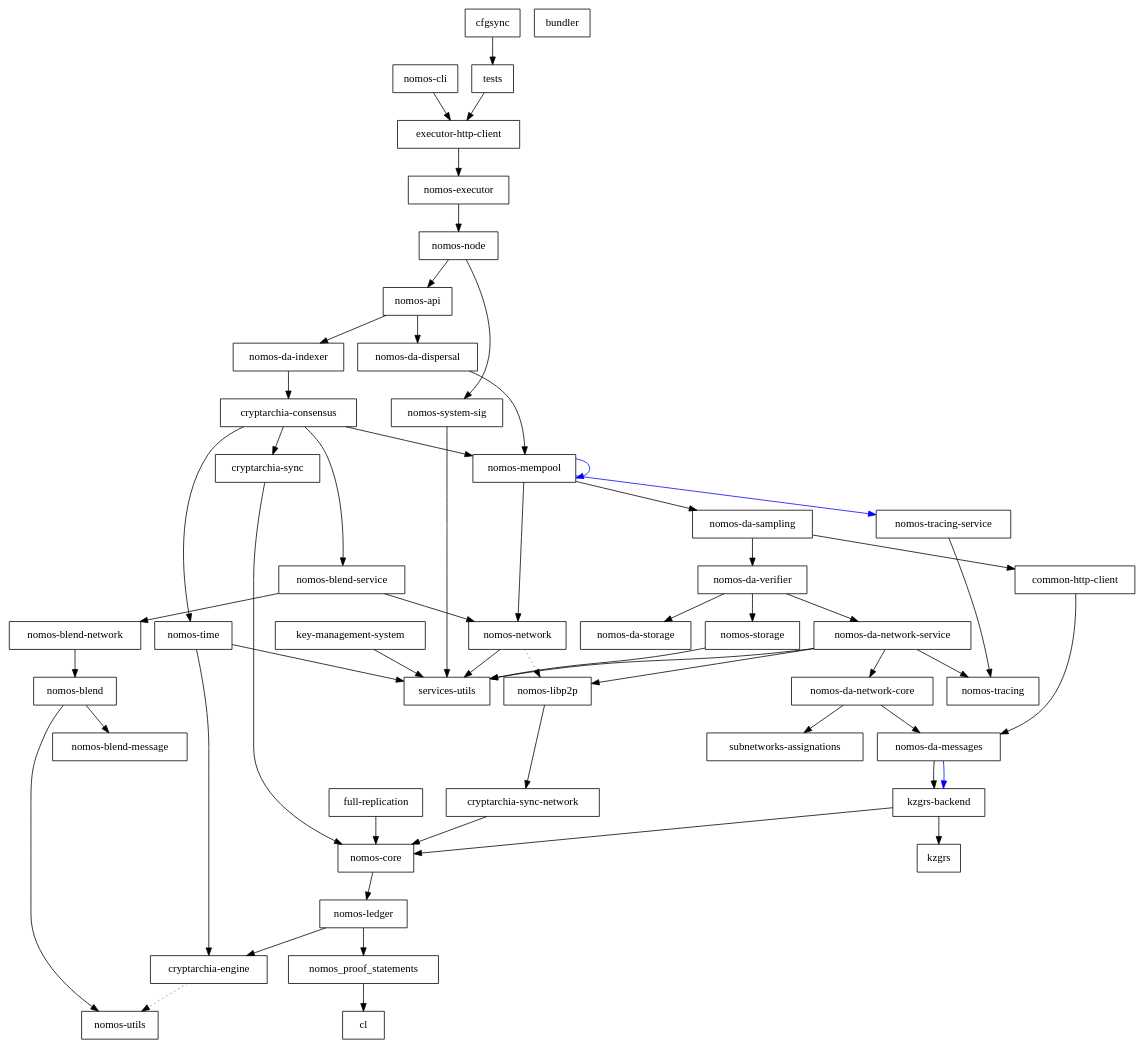
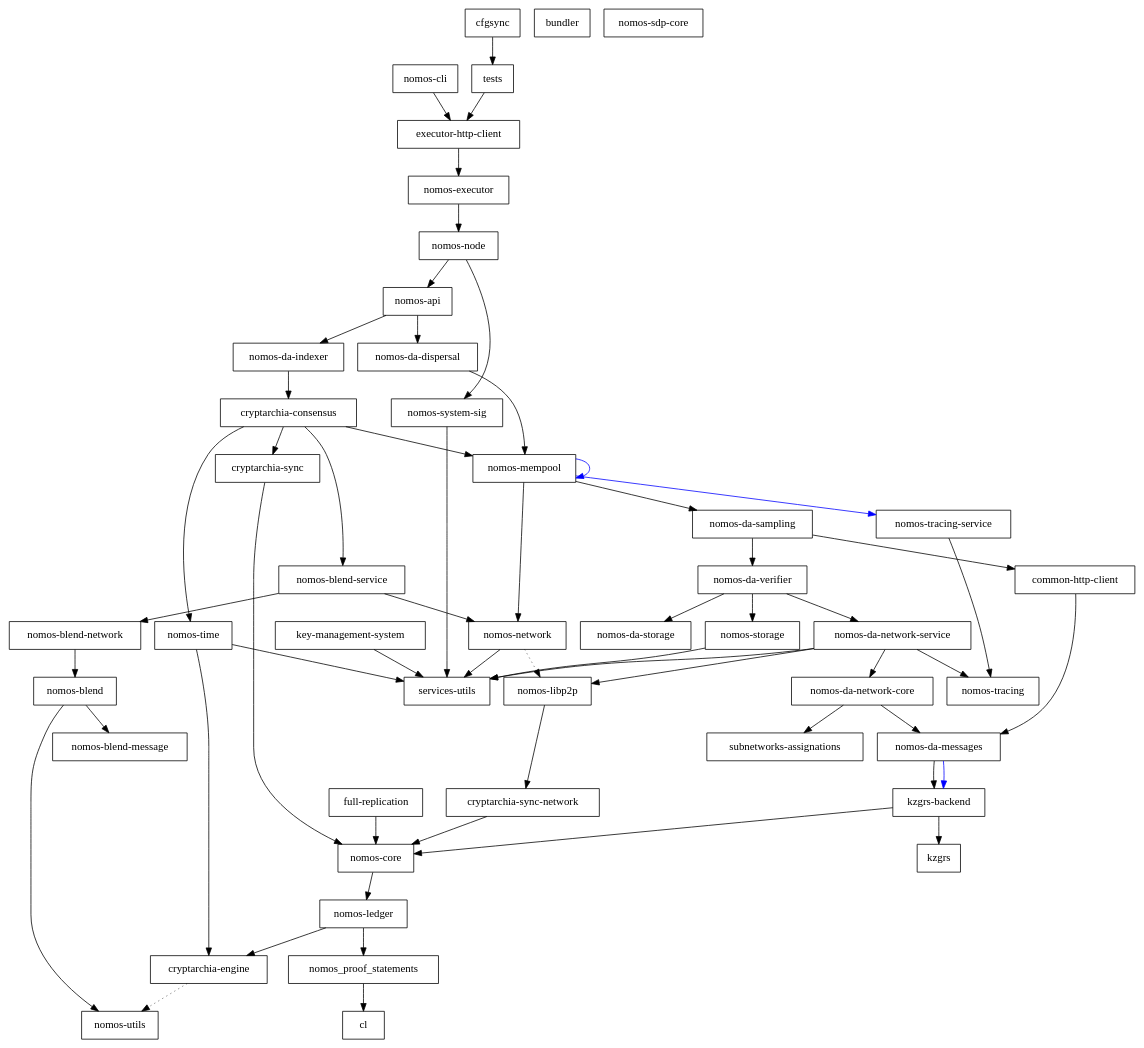
The diagram in dependencies_graph.dot (logos-co/nomos), drawn with Graphviz before and after one commit. The commit also changed 28 other files, not shown here.

```diff
--- a/dependencies_graph.dot
+++ b/dependencies_graph.dot
@@ -1,103 +1,104 @@
 digraph {
     0 [ label = "common-http-client" shape = box]
     1 [ label = "nomos-core" shape = box]
     2 [ label = "cl" shape = box]
     3 [ label = "cryptarchia-engine" shape = box]
     4 [ label = "nomos-utils" shape = box]
     5 [ label = "nomos-ledger" shape = box]
     6 [ label = "nomos_proof_statements" shape = box]
     7 [ label = "nomos-da-messages" shape = box]
     8 [ label = "kzgrs-backend" shape = box]
     9 [ label = "kzgrs" shape = box]
     10 [ label = "executor-http-client" shape = box]
     11 [ label = "nomos-executor" shape = box]
     12 [ label = "nomos-api" shape = box]
     13 [ label = "cryptarchia-consensus" shape = box]
     14 [ label = "cryptarchia-sync" shape = box]
     15 [ label = "cryptarchia-sync-network" shape = box]
     16 [ label = "nomos-blend-service" shape = box]
     17 [ label = "nomos-blend" shape = box]
     18 [ label = "nomos-blend-message" shape = box]
     19 [ label = "nomos-blend-network" shape = box]
     20 [ label = "nomos-libp2p" shape = box]
     21 [ label = "nomos-network" shape = box]
     22 [ label = "services-utils" shape = box]
     23 [ label = "nomos-da-sampling" shape = box]
     24 [ label = "nomos-da-network-core" shape = box]
     25 [ label = "subnetworks-assignations" shape = box]
     26 [ label = "nomos-da-network-service" shape = box]
     27 [ label = "nomos-tracing" shape = box]
     28 [ label = "nomos-da-storage" shape = box]
     29 [ label = "nomos-da-verifier" shape = box]
     30 [ label = "nomos-storage" shape = box]
     31 [ label = "nomos-mempool" shape = box]
     32 [ label = "nomos-tracing-service" shape = box]
     33 [ label = "nomos-time" shape = box]
     34 [ label = "nomos-da-dispersal" shape = box]
     35 [ label = "nomos-da-indexer" shape = box]
     36 [ label = "nomos-node" shape = box]
     37 [ label = "nomos-system-sig" shape = box]
     38 [ label = "bundler" shape = box]
     39 [ label = "nomos-cli" shape = box]
     40 [ label = "full-replication" shape = box]
-    41 [ label = "key-management-system" shape = box]
-    42 [ label = "cfgsync" shape = box]
-    43 [ label = "tests" shape = box]
+    41 [ label = "nomos-sdp-core" shape = box]
+    42 [ label = "key-management-system" shape = box]
+    43 [ label = "cfgsync" shape = box]
+    44 [ label = "tests" shape = box]
     0 -> 7 [ ]
     1 -> 5 [ ]
     3 -> 4 [ style = dotted]
     5 -> 3 [ ]
     5 -> 6 [ ]
     6 -> 2 [ ]
     7 -> 8 [ ]
     7 -> 8 [ color = blue]
     8 -> 9 [ ]
     8 -> 1 [ ]
     10 -> 11 [ ]
     11 -> 36 [ ]
     12 -> 34 [ ]
     12 -> 35 [ ]
     13 -> 14 [ ]
     13 -> 16 [ ]
     13 -> 31 [ ]
     13 -> 33 [ ]
     14 -> 1 [ ]
     15 -> 1 [ ]
     16 -> 19 [ ]
     16 -> 21 [ ]
     17 -> 18 [ ]
     17 -> 4 [ ]
     19 -> 17 [ ]
     20 -> 15 [ ]
     21 -> 20 [ style = dotted]
     21 -> 22 [ ]
     23 -> 0 [ ]
     23 -> 29 [ ]
     24 -> 7 [ ]
     24 -> 25 [ ]
     26 -> 24 [ ]
     26 -> 20 [ ]
     26 -> 27 [ ]
     26 -> 22 [ ]
     29 -> 26 [ ]
     29 -> 28 [ ]
     29 -> 30 [ ]
     30 -> 22 [ ]
     31 -> 23 [ ]
     31 -> 31 [ color = blue]
     31 -> 21 [ ]
     31 -> 32 [ color = blue]
     32 -> 27 [ ]
     33 -> 3 [ ]
     33 -> 22 [ ]
     34 -> 31 [ ]
     35 -> 13 [ ]
     36 -> 12 [ ]
     36 -> 37 [ ]
     37 -> 22 [ ]
     39 -> 10 [ ]
     40 -> 1 [ ]
-    41 -> 22 [ ]
-    42 -> 43 [ ]
-    43 -> 10 [ ]
+    42 -> 22 [ ]
+    43 -> 44 [ ]
+    44 -> 10 [ ]
 }
```
